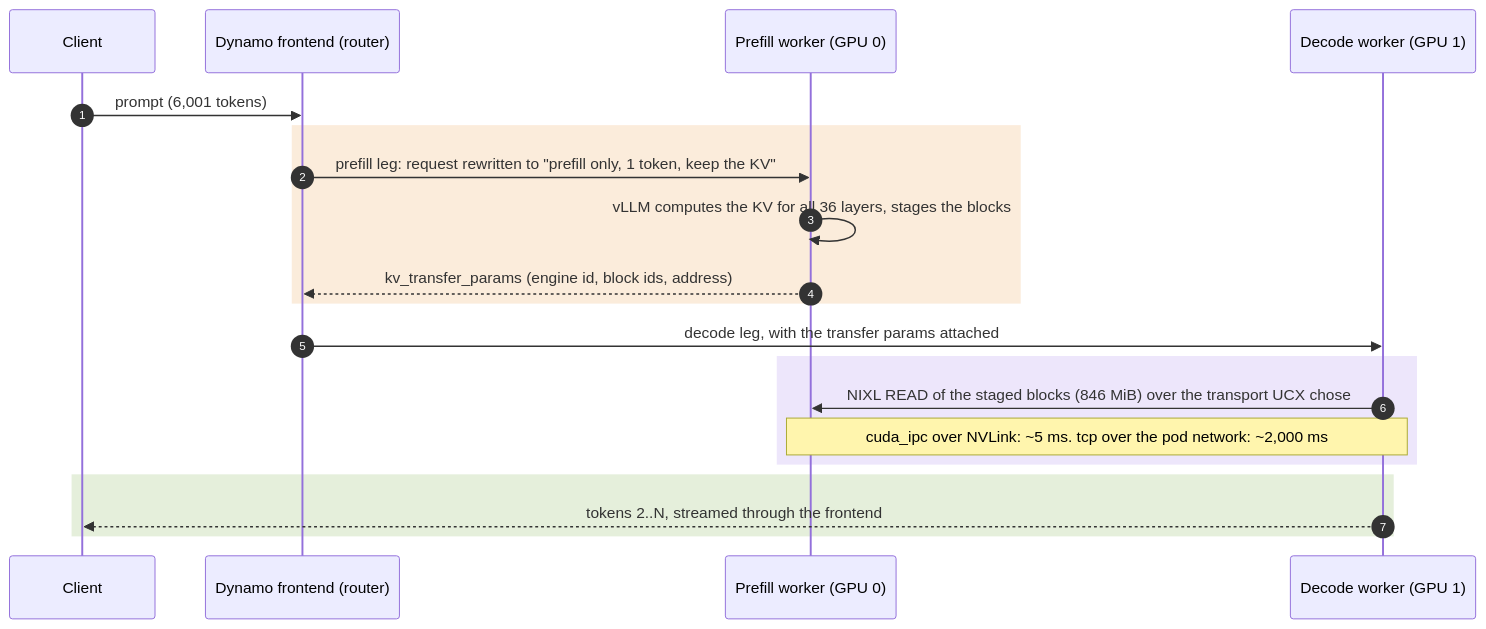
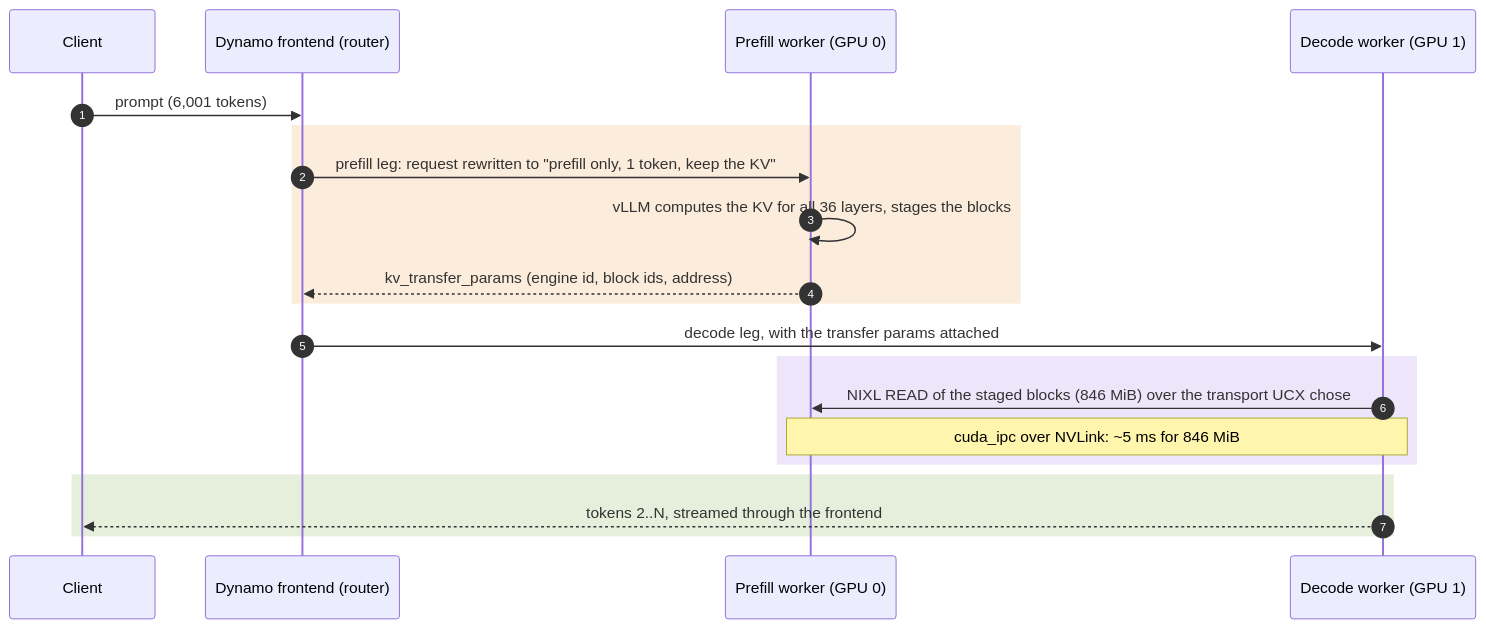
One commit to richajoy/dynamo-inference-lab changed the diagram in figures/diagrams/pd-request-sequence.mmd. Above: the diagram before and after it, drawn with Mermaid. The commit also changed 13 other files, not shown here.

```diff
--- a/figures/diagrams/pd-request-sequence.mmd
+++ b/figures/diagrams/pd-request-sequence.mmd
@@ -1,20 +1,20 @@
 sequenceDiagram
     participant C as Client
     participant F as Dynamo frontend (router)
     participant P as Prefill worker (GPU 0)
     participant D as Decode worker (GPU 1)
     autonumber
     C->>F: prompt (6,001 tokens)
     rect rgba(224, 123, 0, 0.14)
     F->>P: prefill leg: request rewritten to "prefill only, 1 token, keep the KV"
     P->>P: vLLM computes the KV for all 36 layers, stages the blocks
     P-->>F: kv_transfer_params (engine id, block ids, address)
     end
     F->>D: decode leg, with the transfer params attached
     rect rgba(130, 80, 223, 0.14)
     D->>P: NIXL READ of the staged blocks (846 MiB) over the transport UCX chose
-    Note over P,D: cuda_ipc over NVLink: ~5 ms. tcp over the pod network: ~2,000 ms
+    Note over P,D: cuda_ipc over NVLink: ~5 ms for 846 MiB
     end
     rect rgba(76, 140, 0, 0.14)
     D-->>C: tokens 2..N, streamed through the frontend
     end
```
